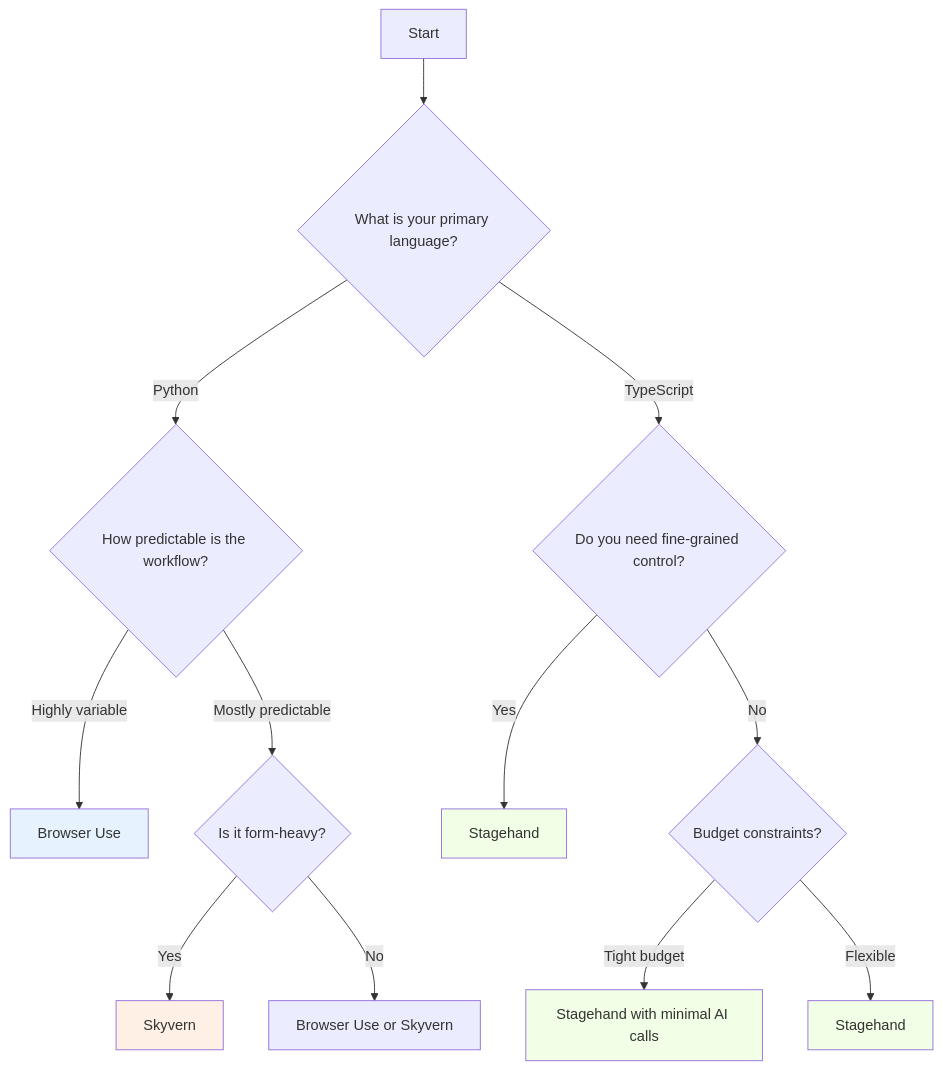
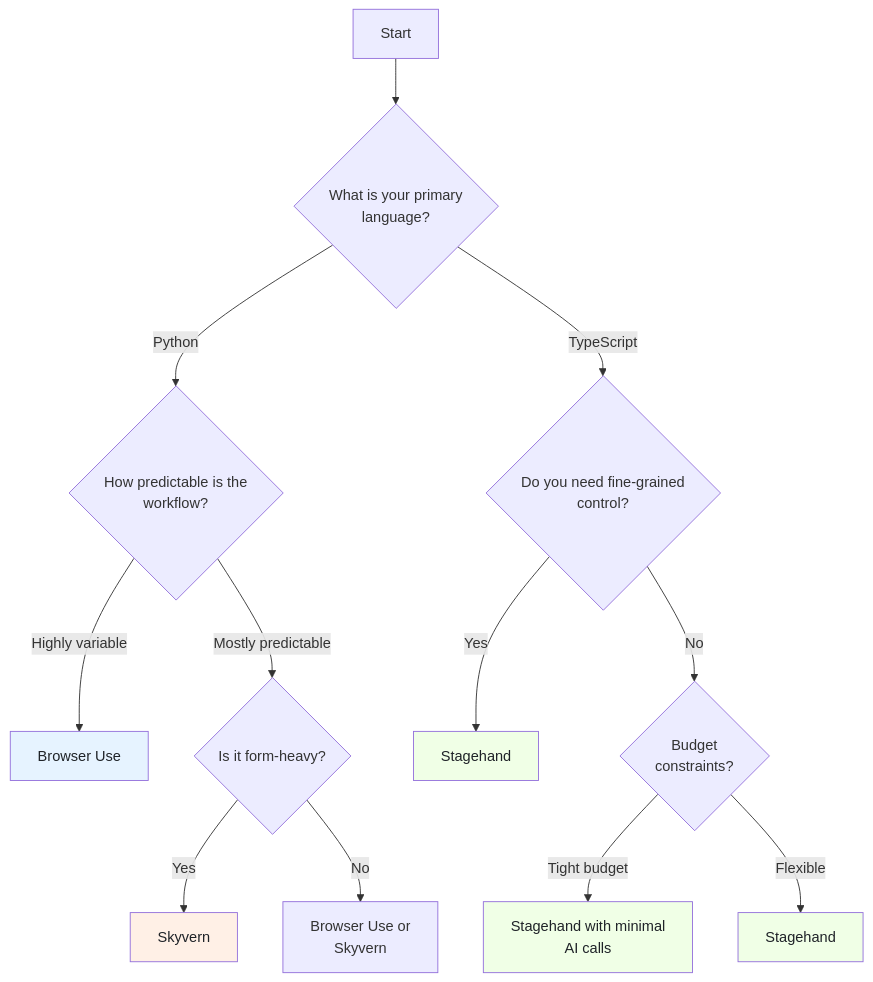
The fifth of 5 diagrams in _posts/2026-02-12-browser-agent-frameworks-compared-browser-use-vs-stagehand-vs-skyvern.md (bytetunnels/bytetunnels.github.com), drawn with Mermaid before and after one commit. The commit also changed other lines of this file and 118 other files, not shown here.

Commit message:
feat: improve diagram styling and compact wide flowcharts

````diff
--- a/_posts/2026-02-12-browser-agent-frameworks-compared-browser-use-vs-stagehand-vs-skyvern.md
+++ b/_posts/2026-02-12-browser-agent-frameworks-compared-browser-use-vs-stagehand-vs-skyvern.md
@@ -445,22 +445,22 @@
 ```mermaid
 flowchart TD
-    A[Start] --> B{"What is your primary language?"}
-    B -->|Python| C{"How predictable is the workflow?"}
-    B -->|TypeScript| D{"Do you need fine-grained control?"}
+    A[Start] --> B{"What is your primary<br/>language?"}
+    B -->|Python| C{"How predictable is the<br/>workflow?"}
+    B -->|TypeScript| D{"Do you need fine-grained<br/>control?"}
 
     C -->|Highly variable| E["Browser Use"]
     C -->|Mostly predictable| F{"Is it form-heavy?"}
     F -->|Yes| G["Skyvern"]
-    F -->|No| H["Browser Use or Skyvern"]
+    F -->|No| H["Browser Use or<br/>Skyvern"]
 
     D -->|Yes| I["Stagehand"]
-    D -->|No| J{"Budget constraints?"}
-    J -->|Tight budget| K["Stagehand with minimal AI calls"]
+    D -->|No| J{"Budget<br/>constraints?"}
+    J -->|Tight budget| K["Stagehand with minimal<br/>AI calls"]
     J -->|Flexible| L["Stagehand"]
 
-    style E fill:#e6f3ff
-    style G fill:#fff0e6
-    style I fill:#f0ffe6
-    style K fill:#f0ffe6
-    style L fill:#f0ffe6
+    style E fill:#e6f3ff,color:#1f2328
+    style G fill:#fff0e6,color:#1f2328
+    style I fill:#f0ffe6,color:#1f2328
+    style K fill:#f0ffe6,color:#1f2328
+    style L fill:#f0ffe6,color:#1f2328
 ```
````
